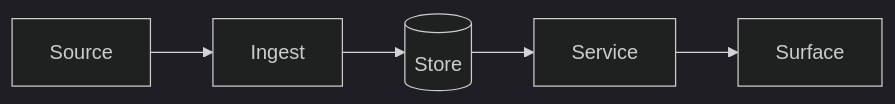
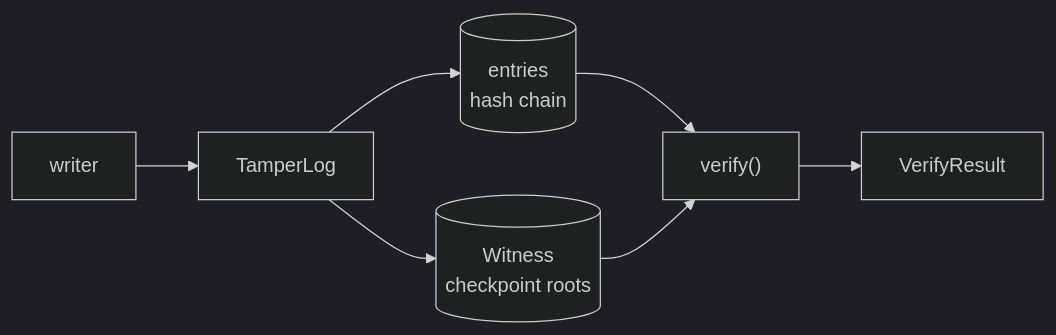
One commit to SlateGitOrg/tamperlog changed the diagram in docs/ARCHITECTURE.md. Above: the diagram before and after it, drawn with Mermaid (dark theme). The commit also changed other lines of this file and 4 other files, not shown here.

Commit message:
docs: rewrite README and architecture notes, remove template text, fix license holder

````diff
--- a/docs/ARCHITECTURE.md
+++ b/docs/ARCHITECTURE.md
@@ -15,7 +9,9 @@
 ```mermaid
 flowchart LR
-  A[Source] --> B[Ingest]
-  B --> C[(Store)]
-  C --> D[Service]
-  D --> E[Surface]
+  A["writer"] --> B["TamperLog"]
+  B --> C[("entries<br/>hash chain")]
+  B --> D[("Witness<br/>checkpoint roots")]
+  C --> E["verify()"]
+  D --> E
+  E --> F["VerifyResult"]
 ```
````
